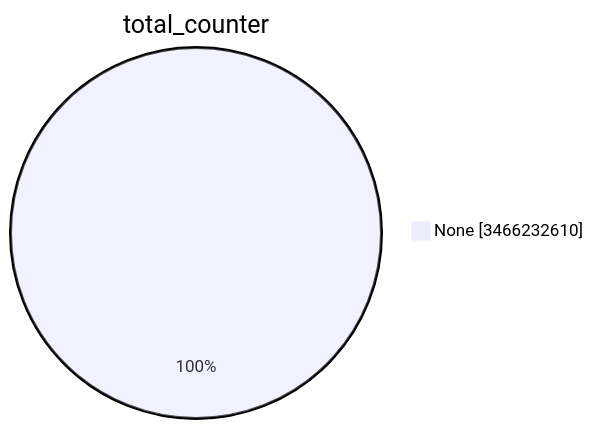
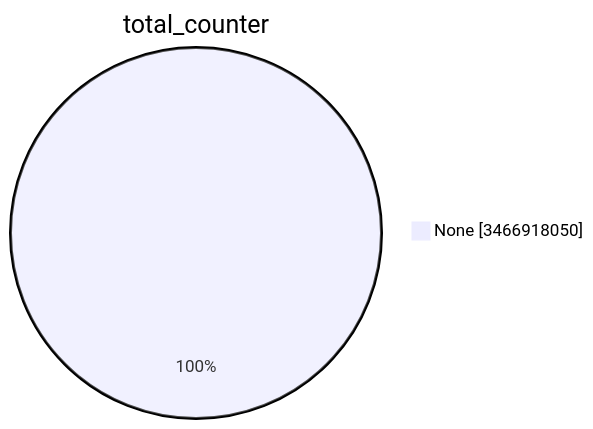
Before and after one commit to christiankrug/ctmonitor_visualization: the first of 15 diagrams in TOTAL/README.md, drawn with Mermaid. The commit also changed other lines of this file, not shown here.

````diff
--- a/TOTAL/README.md
+++ b/TOTAL/README.md
@@ -1,5 +1,5 @@
 ```mermaid
 pie showData
 title total_counter
-"None" :3466232610
+"None" :3466918050
 ```
````
